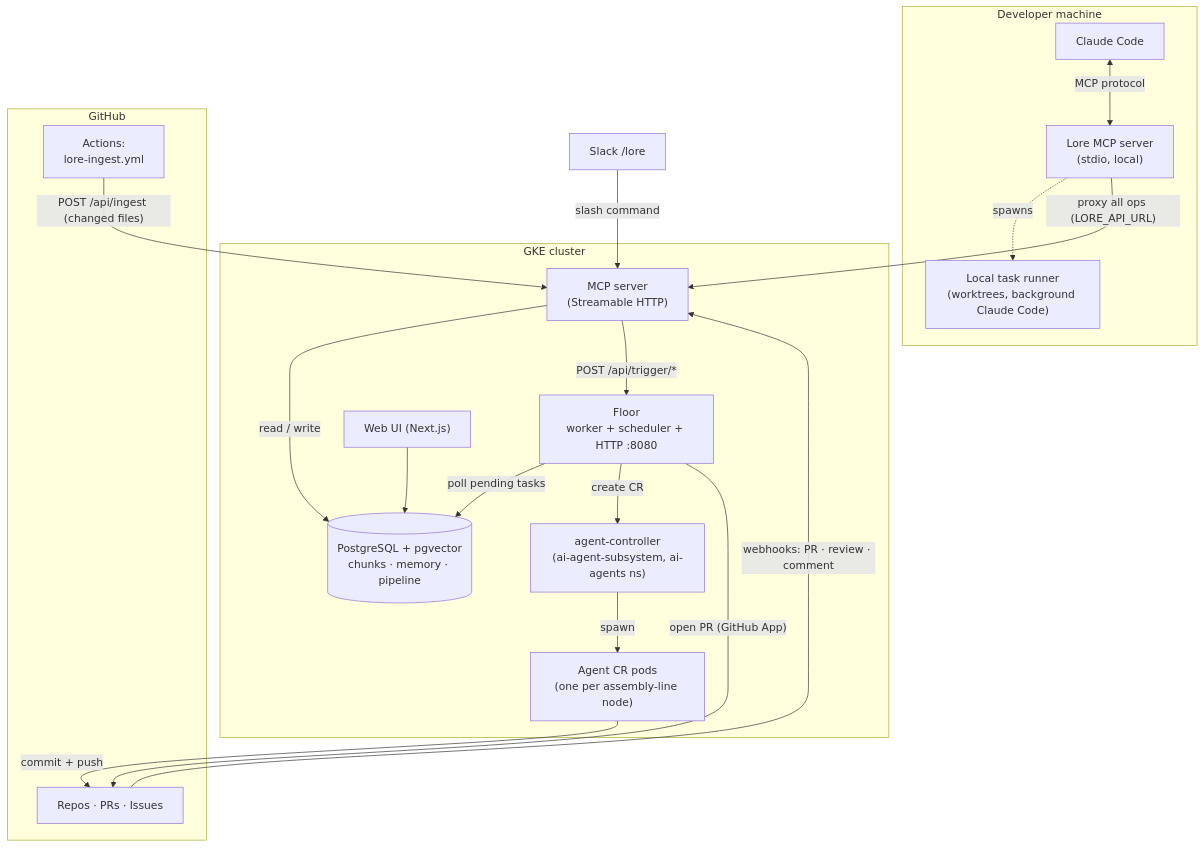
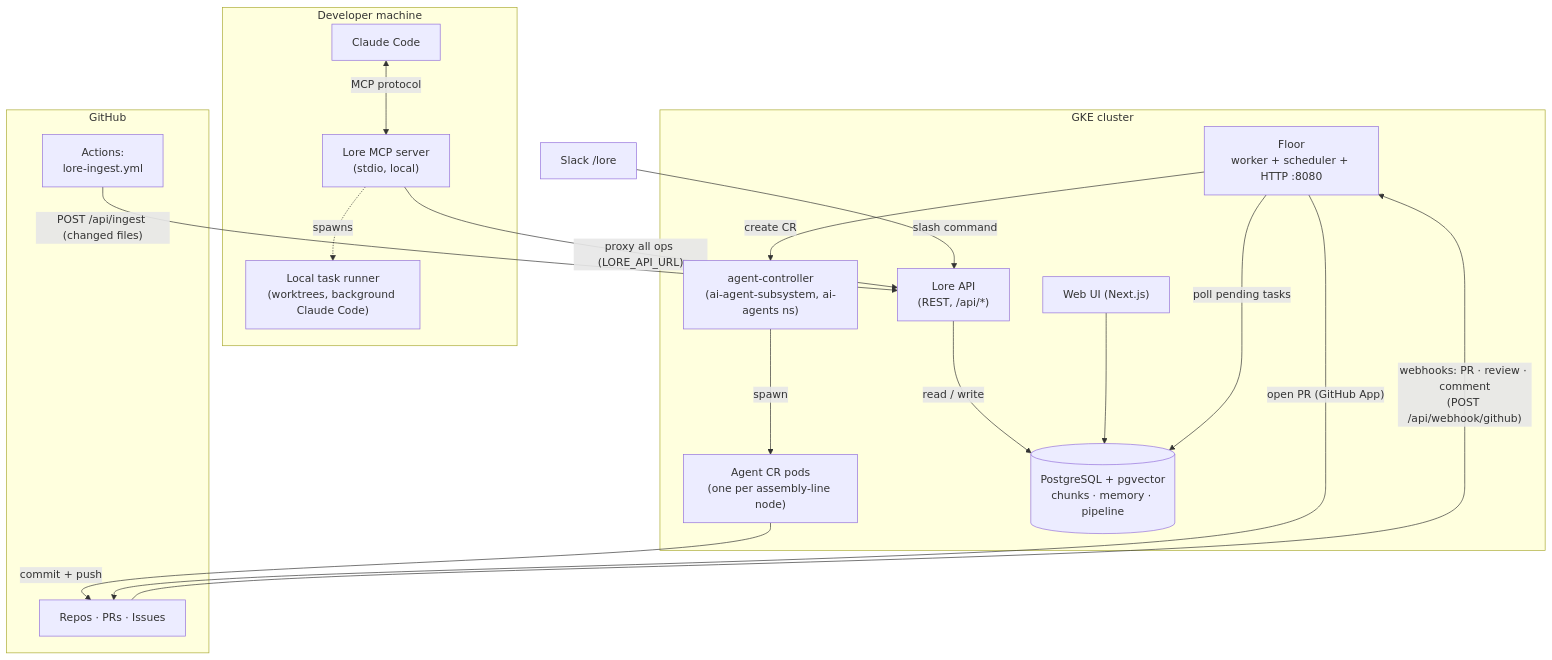
One commit to re-cinq/lore changed the first of 3 diagrams in docs/building-lore/architecture.md. Above: the diagram before and after it, drawn with Mermaid. The commit also changed other lines of this file and 25 other files, not shown here.

````diff
--- a/docs/building-lore/architecture.md
+++ b/docs/building-lore/architecture.md
@@ -15,39 +15,38 @@
 ```mermaid
 flowchart TB
     subgraph local["Developer machine"]
         CC["Claude Code"]
         MCPL["Lore MCP server<br/>(stdio, local)"]
         LR["Local task runner<br/>(worktrees, background Claude Code)"]
         CC <-->|"MCP protocol"| MCPL
         MCPL -.->|"spawns"| LR
     end
 
     subgraph gke["GKE cluster"]
-        MCP["MCP server<br/>(Streamable HTTP)"]
+        MCP["Lore API<br/>(REST, /api/*)"]
         AGENT["Floor<br/>worker + scheduler + HTTP :8080"]
         CTRL["agent-controller<br/>(ai-agent-subsystem, ai-agents ns)"]
         POD["Agent CR pods<br/>(one per assembly-line node)"]
         UI["Web UI (Next.js)"]
         DB[("PostgreSQL + pgvector<br/>chunks · memory · pipeline")]
     end
 
     subgraph github["GitHub"]
         GH["Repos · PRs · Issues"]
         GHA["Actions:<br/>lore-ingest.yml"]
     end
 
     SLACK["Slack /lore"]
 
     MCPL -->|"proxy all ops (LORE_API_URL)"| MCP
     GHA -->|"POST /api/ingest (changed files)"| MCP
-    GH -->|"webhooks: PR · review · comment"| MCP
+    GH -->|"webhooks: PR · review · comment<br/>(POST /api/webhook/github)"| AGENT
     SLACK -->|"slash command"| MCP
     MCP -->|"read / write"| DB
-    MCP -->|"POST /api/trigger/*"| AGENT
     UI --> DB
     AGENT -->|"poll pending tasks"| DB
     AGENT -->|"create CR"| CTRL
     CTRL -->|"spawn"| POD
     POD -->|"commit + push"| GH
     AGENT -->|"open PR (GitHub App)"| GH
 ```
````
